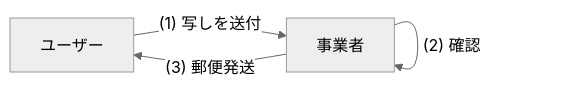
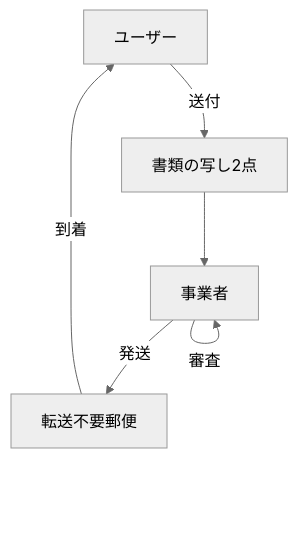
Before and after one commit to CiderH2CO3/study-hanshuho: the sixth of 20 diagrams in hanshuho.md, drawn with Mermaid (neutral theme). The commit also changed other lines of this file and 1 other file, not shown here.

````diff
--- a/hanshuho.md
+++ b/hanshuho.md
@@ -268,6 +266,13 @@
 ```mermaid
-graph LR
-    User[ユーザー] --(1) 写しを送付--> Biz[事業者]
-    Biz --(2) 確認--> Biz
-    Biz --(3) 郵便発送--> User
+graph TD
+    User[ユーザー]
+    Biz[事業者]
+    Copy[書類の写し2点]
+    Mail[転送不要郵便]
+
+    User -->|送付| Copy
+    Copy --> Biz
+    Biz -->|審査| Biz
+    Biz -->|発送| Mail
+    Mail -->|到着| User
 ```
````
